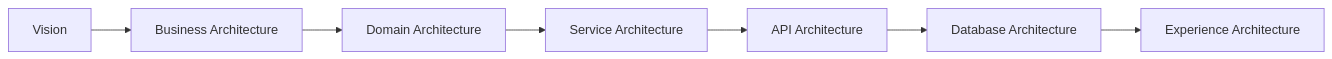
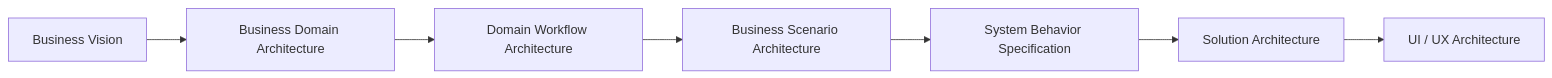
The second of 3 diagrams in governance/constitution/Repository_Index.md (Varad1604/ERP_hark), drawn with Mermaid before and after one commit. The commit also changed other lines of this file and 26 other files, not shown here.

````diff
--- a/governance/constitution/Repository_Index.md
+++ b/governance/constitution/Repository_Index.md
@@ -60,17 +55,4 @@
 ```mermaid
 flowchart LR
-
-L0["Vision"]
-
--->L1["Business Architecture"]
-
--->L2["Domain Architecture"]
-
--->L3["Service Architecture"]
-
--->L4["API Architecture"]
-
--->L5["Database Architecture"]
-
--->L6["Experience Architecture"]
+L0["Business Vision"] --> L1["Business Domain Architecture"] --> L2["Domain Workflow Architecture"] --> L3["Business Scenario Architecture"] --> L4["System Behavior Specification"] --> L5["Solution Architecture"] --> L6["UI / UX Architecture"]
 ```
````
